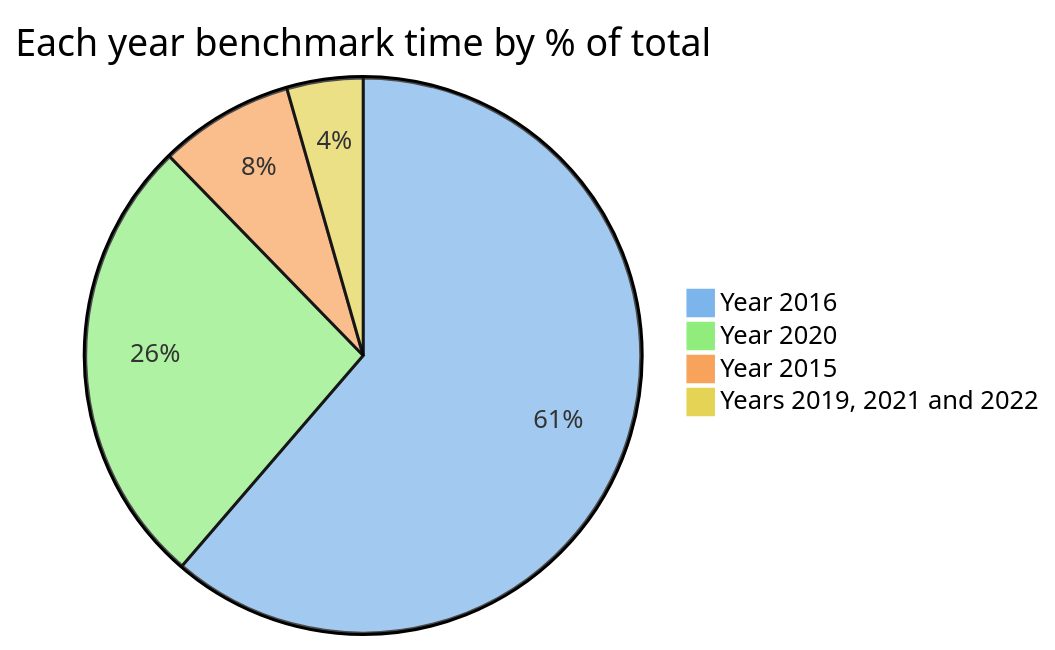
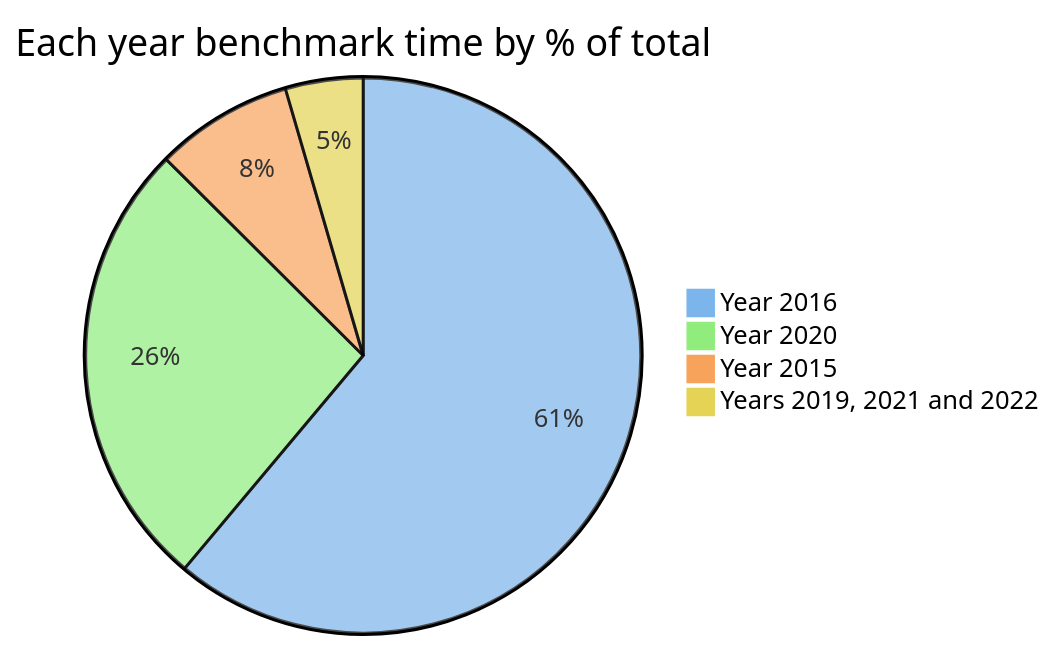
Before and after one commit to maneatingape/advent-of-code-rust: the first of 7 diagrams in README.md, drawn with Mermaid. The commit also changed other lines of this file, not shown here.

````diff
--- a/README.md
+++ b/README.md
@@ -61,9 +61,9 @@
 ```mermaid
 %%{init: {"themeVariables": { "pie1": "#7cb5ec", "pie2": "#90ed7d", "pie3": "#f7a35c", "pie4": "#e4d354", "pie5": "#e4c4fb", "pie6": "#c6cdd5"}}}%%
 pie
     title Each year benchmark time by % of total
-    "Year 2016" : 664
+    "Year 2016" : 663
     "Year 2020" : 286
-    "Year 2015" : 85
-    "Years 2019, 2021 and 2022" : 48
+    "Year 2015" : 87
+    "Years 2019, 2021 and 2022" : 49
 ```
````
